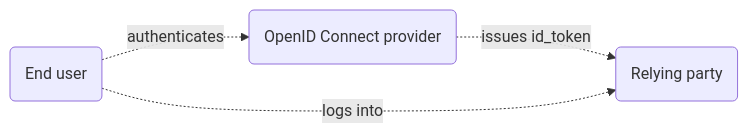
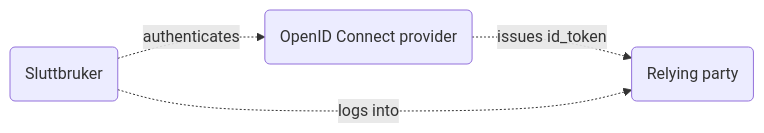
One commit to difi/idporten-oidc-dokumentasjon changed the first of 3 diagrams in pages/oidc/oidc_auth_codeflow.md. Above: the diagram before and after it, drawn with Mermaid. The commit also changed other lines of this file, not shown here.

```diff
--- a/pages/oidc/oidc_auth_codeflow.md
+++ b/pages/oidc/oidc_auth_codeflow.md
@@ -29,10 +27,10 @@
 <div class="mermaid">
 graph LR
-  end_user(End user)
+  end_user(Sluttbruker)
   OP(OpenID Connect provider)
   RP(Relying party)
 
   end_user -. authenticates .-> OP
   OP -. issues id_token .-> RP
   end_user -. logs into .-> RP
 </div>
```
